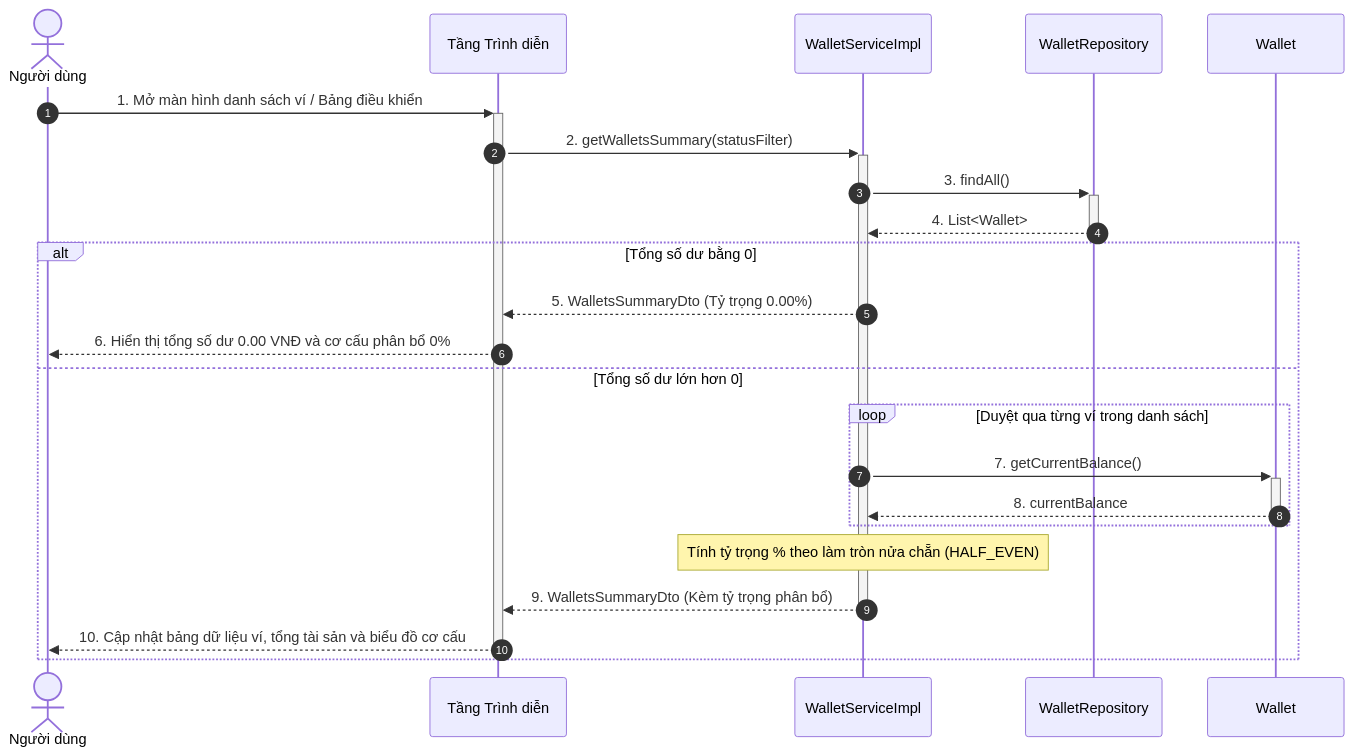
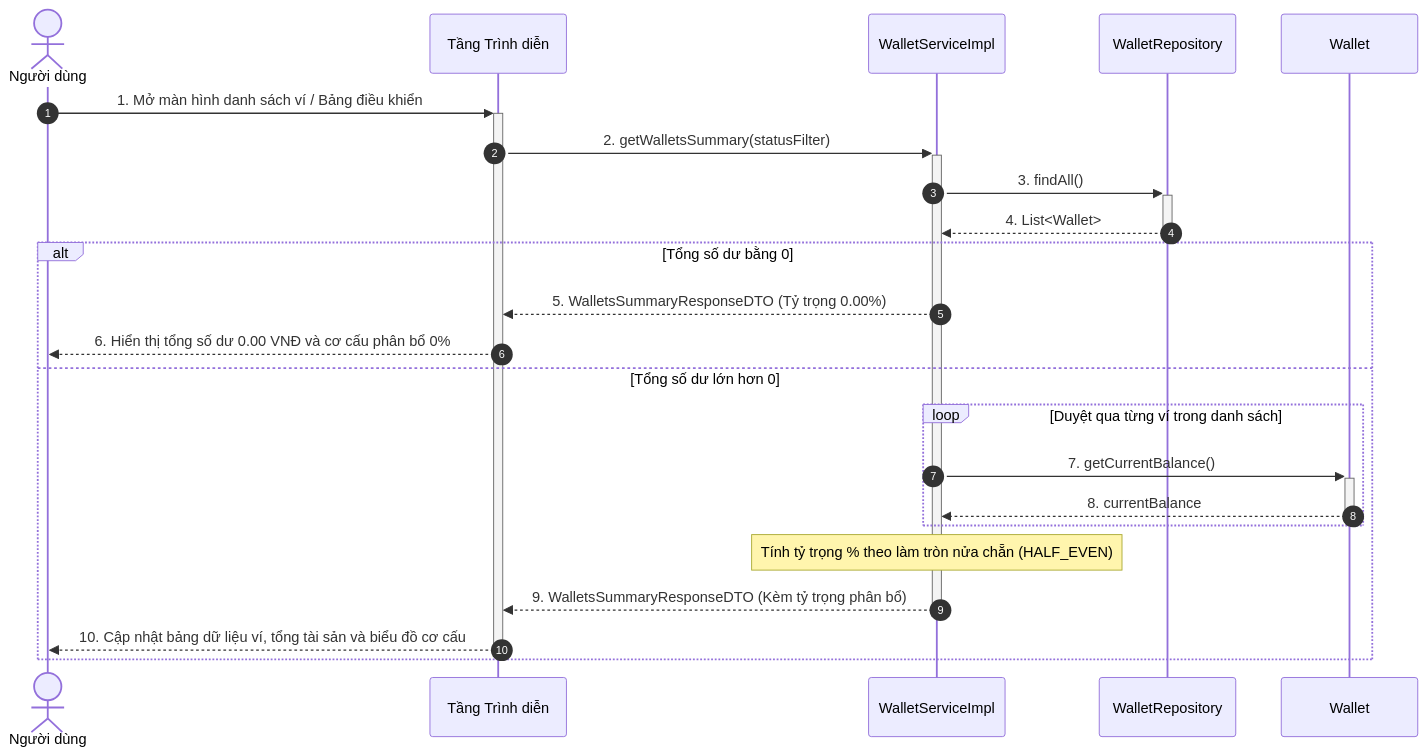
The third of 21 diagrams in docs/object-oriented-design/05-so-do-tuong-tac-thiet-ke-sequence-diagram.md (mynhleeh/pfms-oop), drawn with Mermaid before and after one commit. The commit also changed other lines of this file and 3 other files, not shown here.

Commit message:
docs(ood): harmonize service contracts, sequence diagrams, and DTO specifications

````diff
--- a/docs/object-oriented-design/05-so-do-tuong-tac-thiet-ke-sequence-diagram.md
+++ b/docs/object-oriented-design/05-so-do-tuong-tac-thiet-ke-sequence-diagram.md
@@ -124,26 +124,26 @@
 ```mermaid
 sequenceDiagram
     autonumber
     actor User as Người dùng
     participant GUI as Tầng Trình diễn
     participant WalletService as WalletServiceImpl
     participant WalletRepo as WalletRepository
     participant Wallet as Wallet
 
     User->>+GUI: 1. Mở màn hình danh sách ví / Bảng điều khiển
     GUI->>+WalletService: 2. getWalletsSummary(statusFilter)
     WalletService->>+WalletRepo: 3. findAll()
     WalletRepo-->>-WalletService: 4. List<Wallet>
     alt Tổng số dư bằng 0
-        WalletService-->>GUI: 5. WalletsSummaryDto (Tỷ trọng 0.00%)
+        WalletService-->>GUI: 5. WalletsSummaryResponseDTO (Tỷ trọng 0.00%)
         GUI-->>User: 6. Hiển thị tổng số dư 0.00 VNĐ và cơ cấu phân bổ 0%
     else Tổng số dư lớn hơn 0
         loop Duyệt qua từng ví trong danh sách
             WalletService->>+Wallet: 7. getCurrentBalance()
             Wallet-->>-WalletService: 8. currentBalance
         end
         Note over WalletService: Tính tỷ trọng % theo làm tròn nửa chẵn (HALF_EVEN)
-        WalletService-->>-GUI: 9. WalletsSummaryDto (Kèm tỷ trọng phân bổ)
+        WalletService-->>-GUI: 9. WalletsSummaryResponseDTO (Kèm tỷ trọng phân bổ)
         GUI-->>-User: 10. Cập nhật bảng dữ liệu ví, tổng tài sản và biểu đồ cơ cấu
     end
 ```
````
